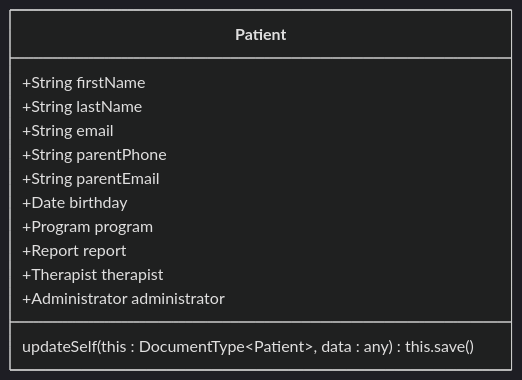
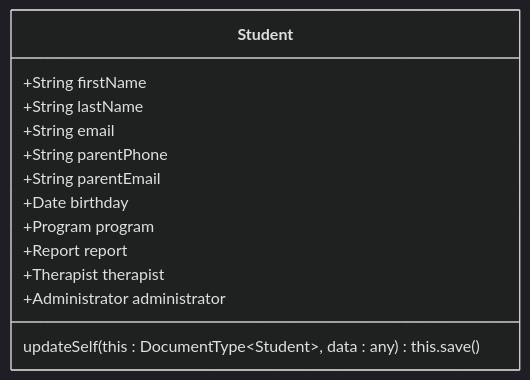
The third of 7 diagrams in Documentation/Model Schemas.md (UTDallasEPICS/ATC-Patient-Data), drawn with Mermaid (dark theme) before and after one commit. The commit also changed other lines of this file and 9 other files, not shown here.

````diff
--- a/Documentation/Model Schemas.md
+++ b/Documentation/Model Schemas.md
@@ -46,18 +46,18 @@
 ```mermaid
 classDiagram
-    class Patient {
+    class Student {
         +String firstName
         +String lastName
         +String email
         +String parentPhone
         +String parentEmail
         +Date birthday
 
         +Program program
         +Report report
         +Therapist therapist
         +Administrator administrator
 
-        updateSelf(this : DocumentType~Patient~, data : any) : this.save()
+        updateSelf(this : DocumentType~Student~, data : any) : this.save()
     }
 ```
````
